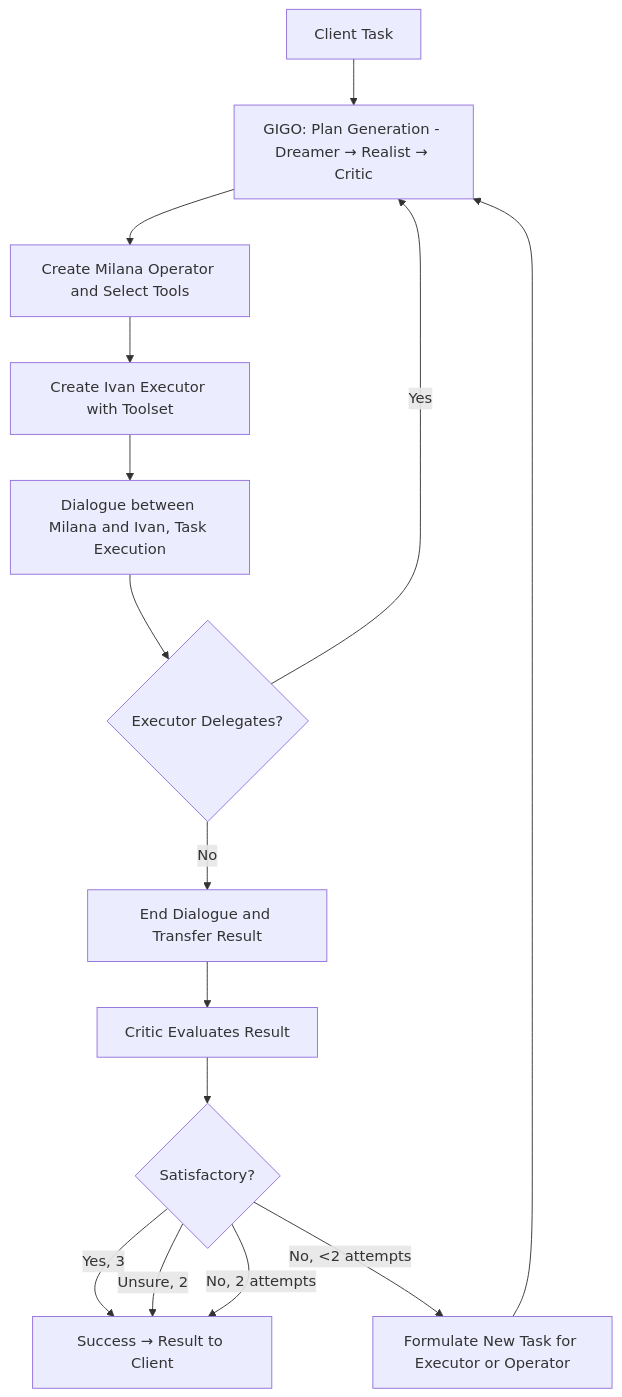
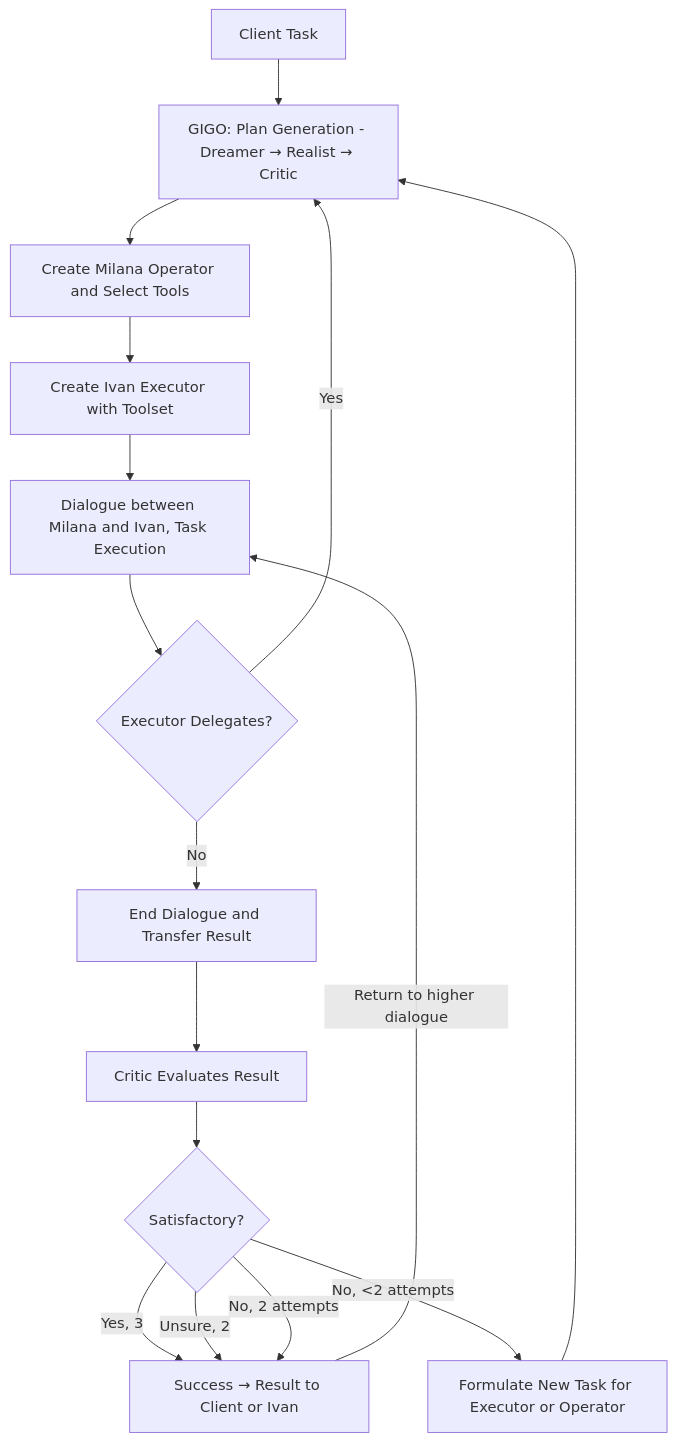
The diagram in README.md (iishnitsa/milana), drawn with Mermaid before and after one commit. The commit also changed other lines of this file, not shown here.

````diff
--- a/README.md
+++ b/README.md
@@ -47,19 +47,20 @@
 ```mermaid
 flowchart TD
     A[Client Task] --> B[GIGO: Plan Generation - Dreamer → Realist → Critic]
     B --> C[Create Milana Operator and Select Tools]
     C --> D[Create Ivan Executor with Toolset]
     D --> E[Dialogue between Milana and Ivan, Task Execution]
 
     E --> F{Executor Delegates?}
     F -->|Yes| B
     F -->|No| G[End Dialogue and Transfer Result]
 
     G --> H[Critic Evaluates Result]
     H --> I{Satisfactory?}
-    I -->|Yes, 3| J[Success → Result to Client]
+    I -->|Yes, 3| J[Success → Result to Client or Ivan]
     I -->|No, <2 attempts| K[Formulate New Task for Executor or Operator]
     K --> B
     I -->|Unsure, 2| J
     I -->|No, 2 attempts| J
+    J -->|Return to higher dialogue| E
 ```
````
